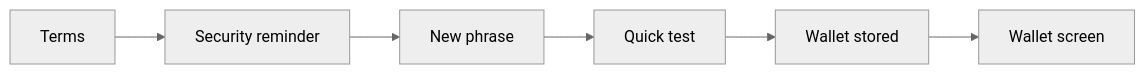
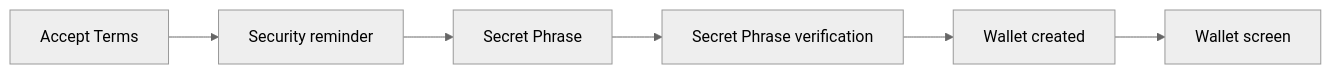
Before and after one commit to gemwalletcom/wallet: the first of 4 diagrams in docs/PRODUCT.md, drawn with Mermaid (neutral theme). The commit also changed other lines of this file, not shown here.

````diff
--- a/docs/PRODUCT.md
+++ b/docs/PRODUCT.md
@@ -31,4 +31,4 @@
 ```mermaid
 flowchart LR
-    A[Terms] --> B[Security reminder] --> C[New phrase] --> D[Quick test] --> E[Wallet stored] --> F[Wallet screen]
+    A[Accept Terms] --> B[Security reminder] --> C[Secret Phrase] --> D[Secret Phrase verification] --> E[Wallet created] --> F[Wallet screen]
 ```
````
